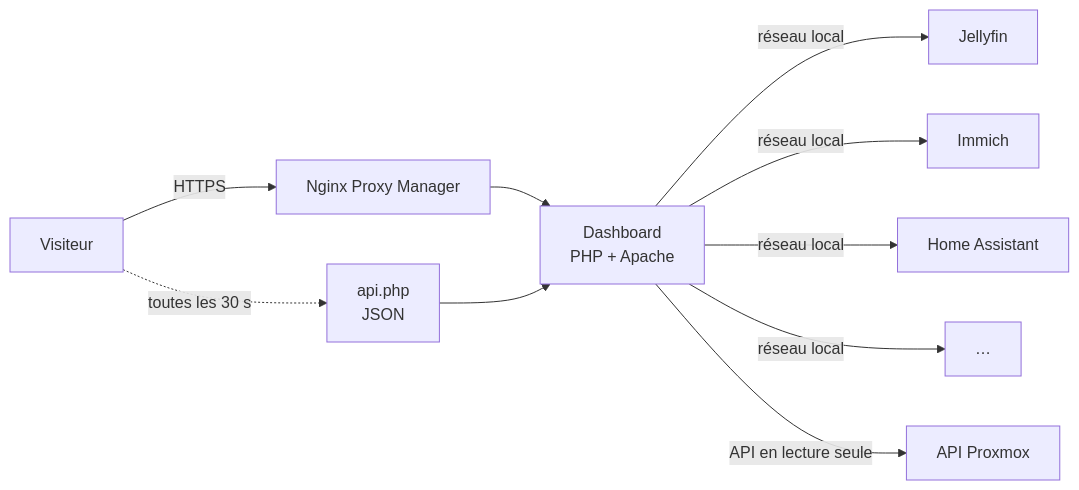
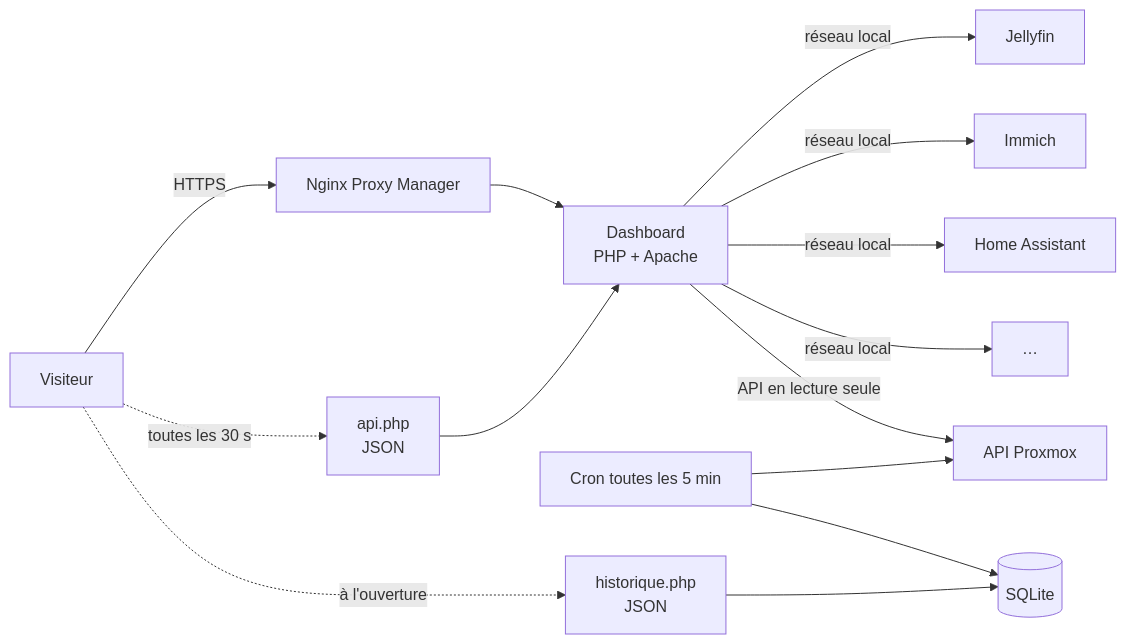
One commit to titouandup/dashboard-homelab changed the diagram in README.md. Above: the diagram before and after it, drawn with Mermaid. The commit also changed other lines of this file, not shown here.

Commit message:
Mise à jour du README pour l'historique et le graphique de la v4

````diff
--- a/README.md
+++ b/README.md
@@ -20,12 +20,16 @@
 ```mermaid
 flowchart LR
     v[Visiteur] -- HTTPS --> npm[Nginx Proxy Manager]
     npm --> d[Dashboard<br/>PHP + Apache]
     d -- réseau local --> s1[Jellyfin]
     d -- réseau local --> s2[Immich]
     d -- réseau local --> s3[Home Assistant]
     d -- réseau local --> s4[…]
     d -- API en lecture seule --> p[API Proxmox]
     v -. toutes les 30 s .-> a[api.php<br/>JSON]
     a --> d
+    c[Cron toutes les 5 min] --> p
+    c --> b[(SQLite)]
+    v -. à l'ouverture .-> h[historique.php<br/>JSON]
+    h --> b
 ```
````
